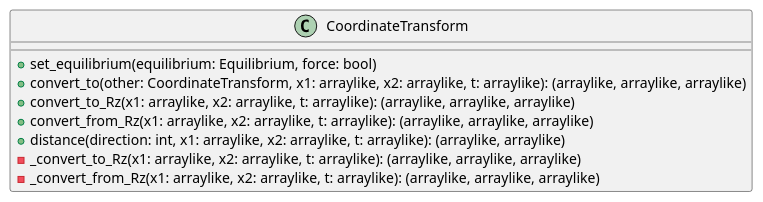
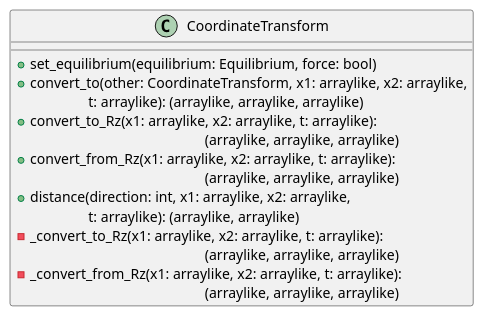
The second of 5 diagrams in doc/design.rst (indica-mcf/Indica), drawn with PlantUML before and after one commit. The commit also changed other lines of this file, not shown here.

```diff
--- a/doc/design.rst
+++ b/doc/design.rst
@@ -155,11 +214,17 @@
 .. uml::
 
    class CoordinateTransform {
    + set_equilibrium(equilibrium: Equilibrium, force: bool)
-   + convert_to(other: CoordinateTransform, x1: arraylike, x2: arraylike, t: arraylike): (arraylike, arraylike, arraylike)
-   + convert_to_Rz(x1: arraylike, x2: arraylike, t: arraylike): (arraylike, arraylike, arraylike)
-   + convert_from_Rz(x1: arraylike, x2: arraylike, t: arraylike): (arraylike, arraylike, arraylike)
-   + distance(direction: int, x1: arraylike, x2: arraylike, t: arraylike): (arraylike, arraylike)
-   - _convert_to_Rz(x1: arraylike, x2: arraylike, t: arraylike): (arraylike, arraylike, arraylike)
-   - _convert_from_Rz(x1: arraylike, x2: arraylike, t: arraylike): (arraylike, arraylike, arraylike)
+   + convert_to(other: CoordinateTransform, x1: arraylike, x2: arraylike,
+                \t\tt: arraylike): (arraylike, arraylike, arraylike)
+   + convert_to_Rz(x1: arraylike, x2: arraylike, t: arraylike):
+     \t\t\t\t\t\t(arraylike, arraylike, arraylike)
+   + convert_from_Rz(x1: arraylike, x2: arraylike, t: arraylike):
+     \t\t\t\t\t\t(arraylike, arraylike, arraylike)
+   + distance(direction: int, x1: arraylike, x2: arraylike,
+              \t\tt: arraylike): (arraylike, arraylike)
+   - _convert_to_Rz(x1: arraylike, x2: arraylike, t: arraylike):
+     \t\t\t\t\t\t(arraylike, arraylike, arraylike)
+   - _convert_from_Rz(x1: arraylike, x2: arraylike, t: arraylike):
+     \t\t\t\t\t\t(arraylike, arraylike, arraylike)
    }
```
